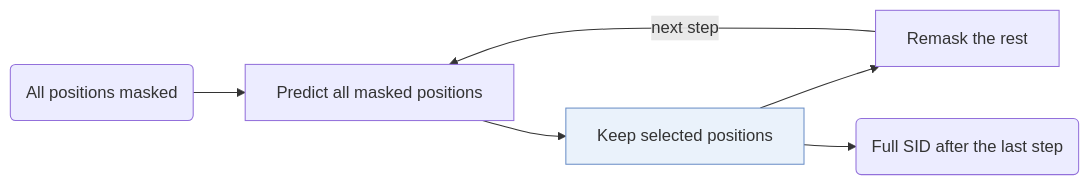
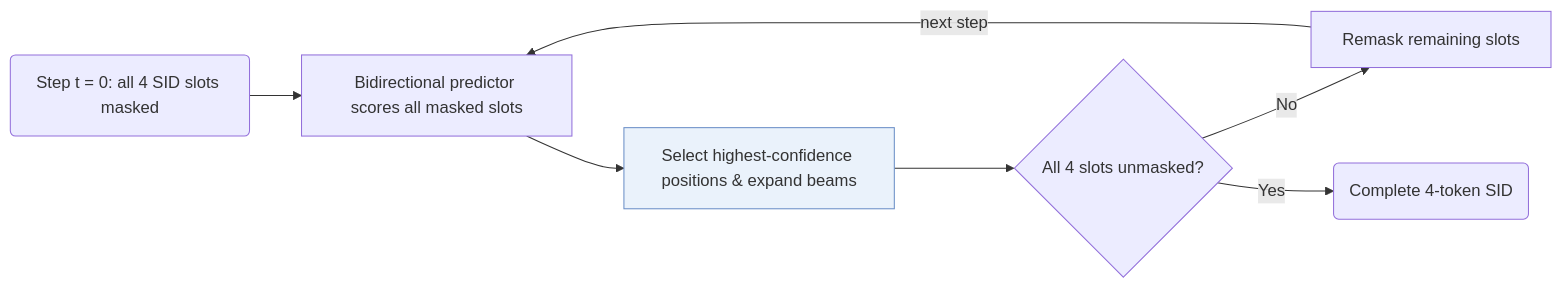
One commit to Galaxy-ghost/Awesome-SID-Generative-Rec changed the second of 2 diagrams in notes/llada-rec.md. Above: the diagram before and after it, drawn with Mermaid. The commit also changed other lines of this file and 649 other files, not shown here.

Commit message:
writer-05: also tags and modality index (schema, check, build, visuals); summary field removed; calibration data for 12 papers

````diff
--- a/notes/llada-rec.md
+++ b/notes/llada-rec.md
@@ -41,9 +45,10 @@
 ```mermaid
 flowchart LR
-    S0("All positions masked") --> P["Predict all masked positions"]
-    P --> K["Keep selected positions"]:::key
-    K --> R["Remask the rest"]
-    R -->|next step| P
-    K --> D("Full SID after the last step")
+    S0("Step t = 0: all 4 SID slots masked") --> P["Bidirectional predictor scores all masked slots"]
+    P --> K["Select highest-confidence positions & expand beams"]:::key
+    K --> C{"All 4 slots unmasked?"}
+    C -->|"No"| R["Remask remaining slots"]
+    R -->|"next step"| P
+    C -->|"Yes"| D("Complete 4-token SID")
     classDef key fill:#eaf2fb,stroke:#6b8fc7
 ```
````
